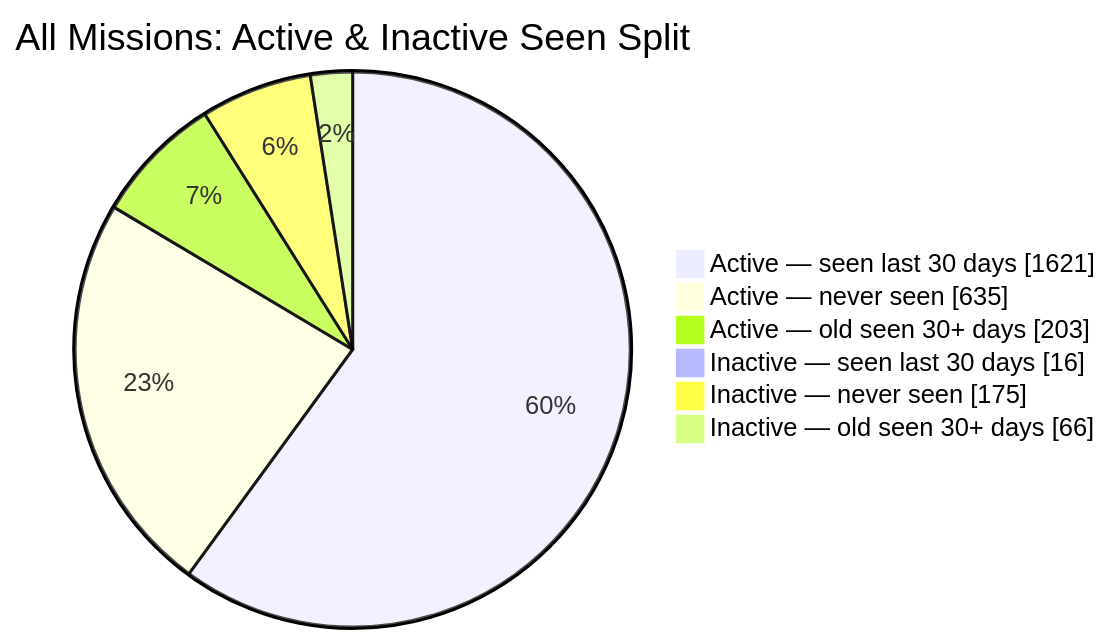
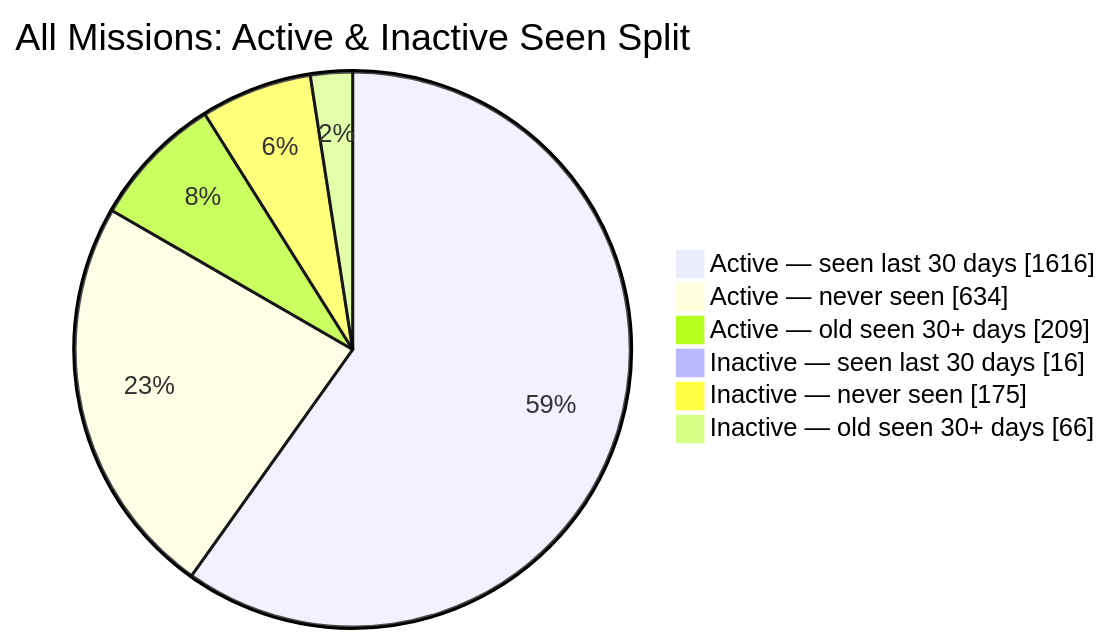
Before and after one commit to MeldkamerspelGameTeam/active-missions: the second of 2 diagrams in README.md, drawn with Mermaid. The commit also changed other lines of this file and 4 other files, not shown here.

````diff
--- a/README.md
+++ b/README.md
@@ -44,10 +44,10 @@
 ```mermaid
 pie showData
     title All Missions: Active & Inactive Seen Split
-    "Active — seen last 30 days" : 1621
-    "Active — never seen" : 635
-    "Active — old seen 30+ days" : 203
+    "Active — seen last 30 days" : 1616
+    "Active — never seen" : 634
+    "Active — old seen 30+ days" : 209
     "Inactive — seen last 30 days" : 16
     "Inactive — never seen" : 175
     "Inactive — old seen 30+ days" : 66
 ```
````
